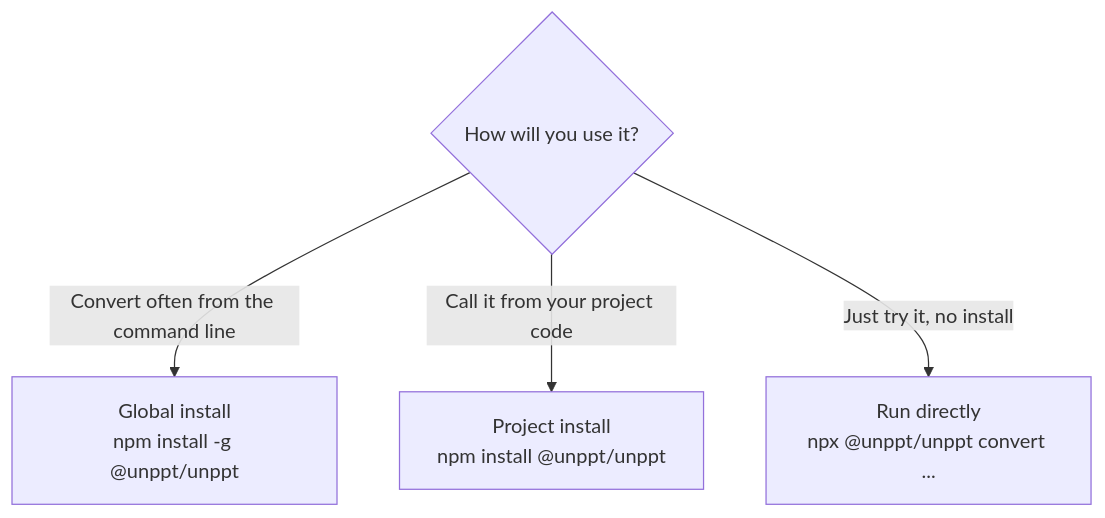
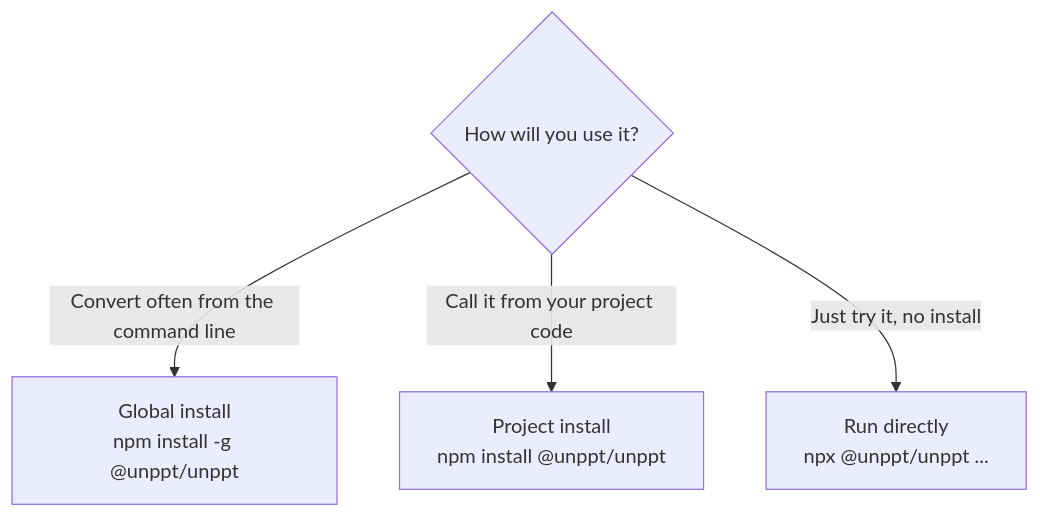
The second of 5 diagrams in docs/en/getting-started.md (spitmaster/unppt), drawn with Mermaid before and after one commit. The commit also changed other lines of this file and 24 other files, not shown here.

````diff
--- a/docs/en/getting-started.md
+++ b/docs/en/getting-started.md
@@ -55,6 +55,6 @@
 ```mermaid
 flowchart TD
   Q{"How will you use it?"} -->|"Convert often from the command line"| G["Global install<br/>npm install -g @unppt/unppt"]
   Q -->|"Call it from your project code"| L["Project install<br/>npm install @unppt/unppt"]
-  Q -->|"Just try it, no install"| X["Run directly<br/>npx @unppt/unppt convert ..."]
+  Q -->|"Just try it, no install"| X["Run directly<br/>npx @unppt/unppt ..."]
 ```
````
